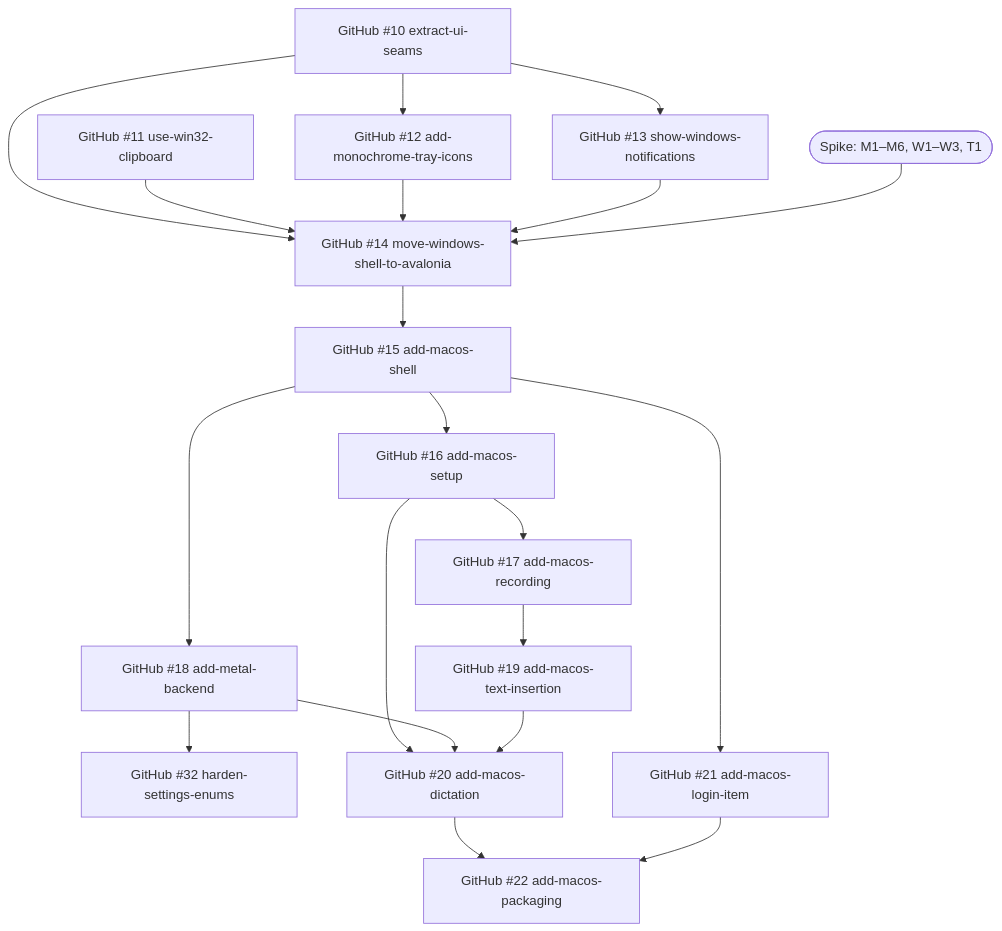
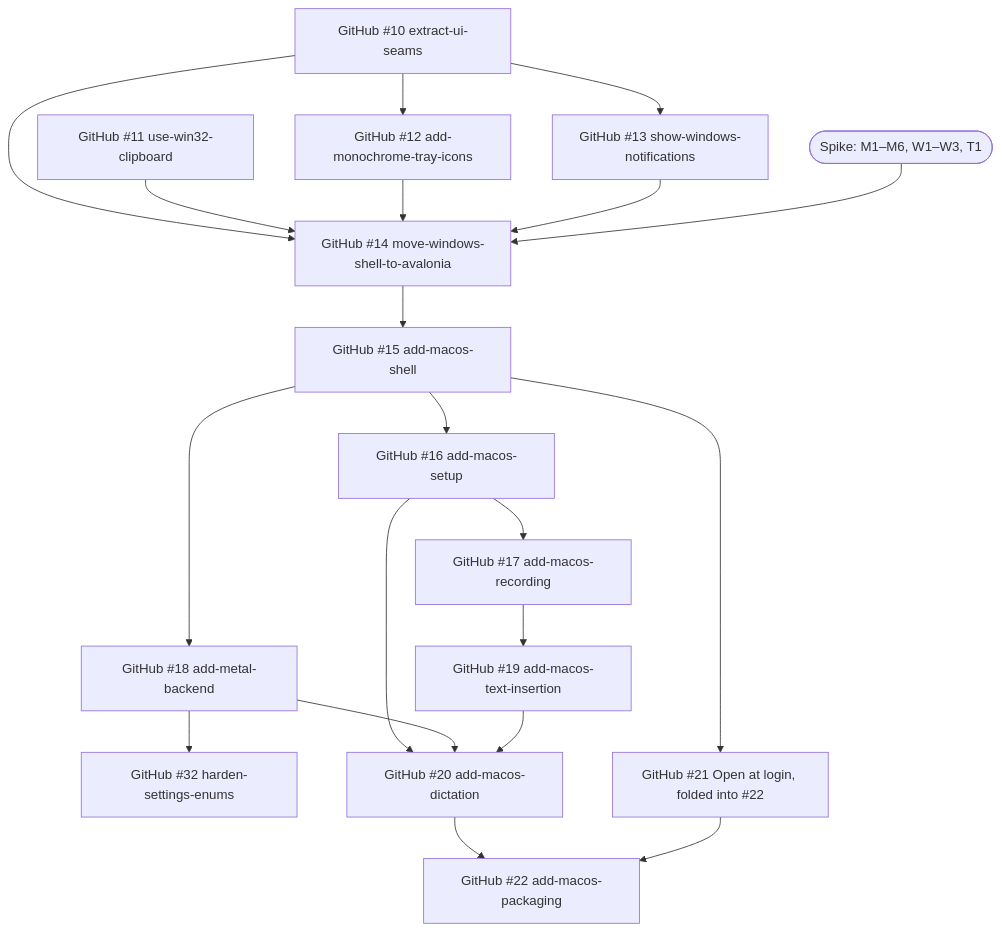
One commit to mschnecke/pisum-transcribe changed the second of 2 diagrams in docs/roadmap.md. Above: the diagram before and after it, drawn with Mermaid. The commit also changed other lines of this file and 36 other files, not shown here.

First line of the commit message:
Resolve #22 add-macos-packaging: the macOS .pkg, release signing, lockstep releases and Open at login (#37)

````diff
--- a/docs/roadmap.md
+++ b/docs/roadmap.md
@@ -77,22 +77,22 @@
 ```mermaid
 graph TD
     G10["GitHub #10 extract-ui-seams"] --> G12["GitHub #12 add-monochrome-tray-icons"]
     G10 --> G13["GitHub #13 show-windows-notifications"]
     G10 --> G14["GitHub #14 move-windows-shell-to-avalonia"]
     G11["GitHub #11 use-win32-clipboard"] --> G14
     G12 --> G14
     G13 --> G14
     SP(["Spike: M1–M6, W1–W3, T1"]) --> G14
     G14 --> G15["GitHub #15 add-macos-shell"]
     G15 --> G16["GitHub #16 add-macos-setup"]
     G16 --> G17["GitHub #17 add-macos-recording"]
     G15 --> G18["GitHub #18 add-metal-backend"]
     G18 --> G32["GitHub #32 harden-settings-enums"]
-    G15 --> G21["GitHub #21 add-macos-login-item"]
+    G15 --> G21["GitHub #21 Open at login, folded into #22"]
     G17 --> G19["GitHub #19 add-macos-text-insertion"]
     G16 --> G20["GitHub #20 add-macos-dictation"]
     G18 --> G20
     G19 --> G20
     G20 --> G22["GitHub #22 add-macos-packaging"]
     G21 --> G22
 ```
````
